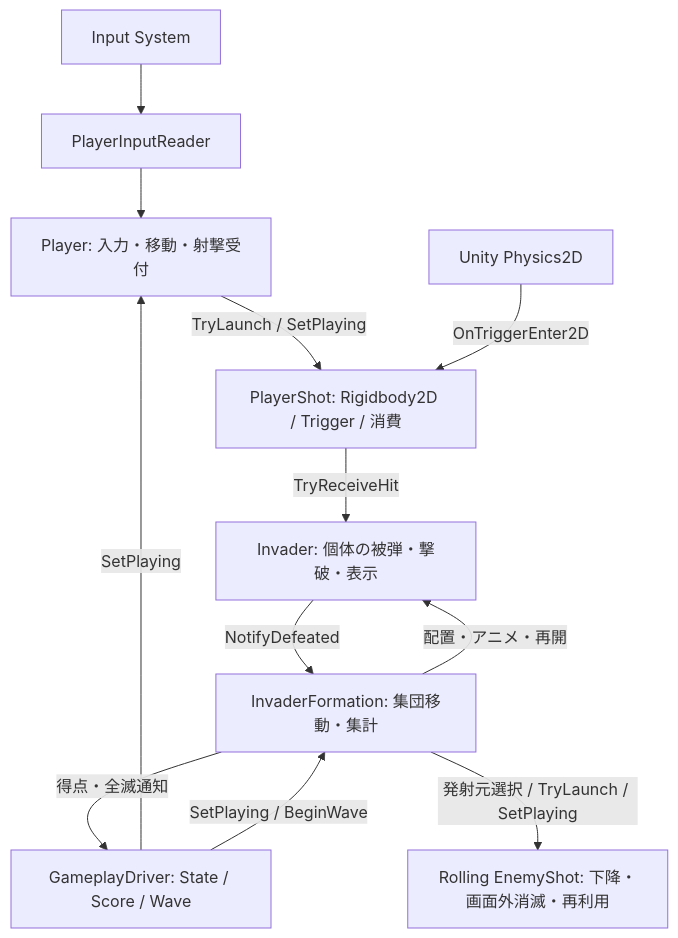
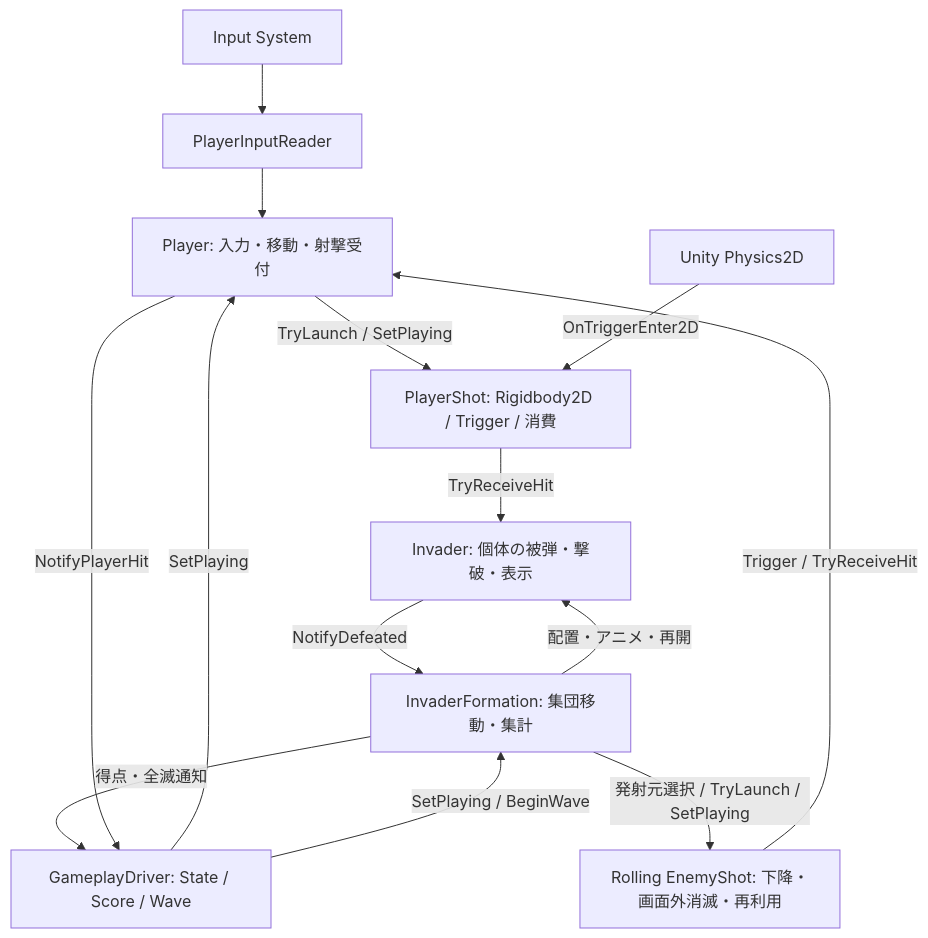
One commit to urahimono/Unity_Invader changed the diagram in docs/ARCHITECTURE.md. Above: the diagram before and after it, drawn with Mermaid. The commit also changed other lines of this file and 12 other files, not shown here.

````diff
--- a/docs/ARCHITECTURE.md
+++ b/docs/ARCHITECTURE.md
@@ -21,14 +21,16 @@
 ```mermaid
 flowchart TD
     Input[Input System] --> Reader[PlayerInputReader]
     Reader --> Player[Player: 入力・移動・射撃受付]
     Driver[GameplayDriver: State / Score / Wave] -->|SetPlaying| Player
     Driver -->|SetPlaying / BeginWave| Formation[InvaderFormation: 集団移動・集計]
     Player -->|TryLaunch / SetPlaying| Shot[PlayerShot: Rigidbody2D / Trigger / 消費]
     Physics[Unity Physics2D] -->|OnTriggerEnter2D| Shot
     Shot -->|TryReceiveHit| Invader[Invader: 個体の被弾・撃破・表示]
     Invader -->|NotifyDefeated| Formation
     Formation -->|得点・全滅通知| Driver
     Formation -->|配置・アニメ・再開| Invader
     Formation -->|発射元選択 / TryLaunch / SetPlaying| EnemyShot[Rolling EnemyShot: 下降・画面外消滅・再利用]
+    EnemyShot -->|Trigger / TryReceiveHit| Player
+    Player -->|NotifyPlayerHit| Driver
 ```
````
